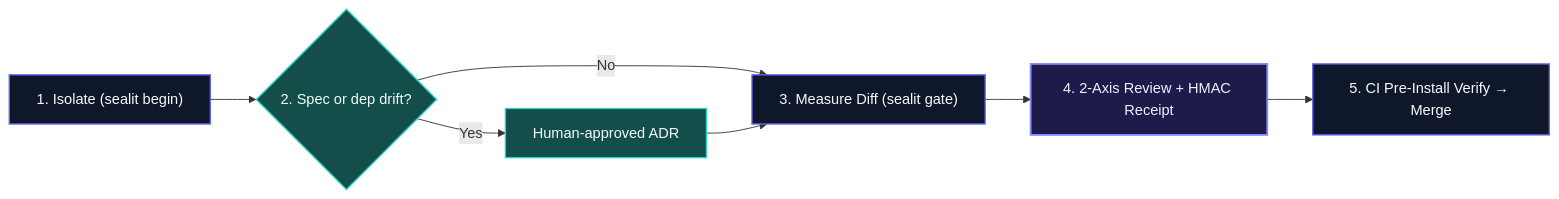
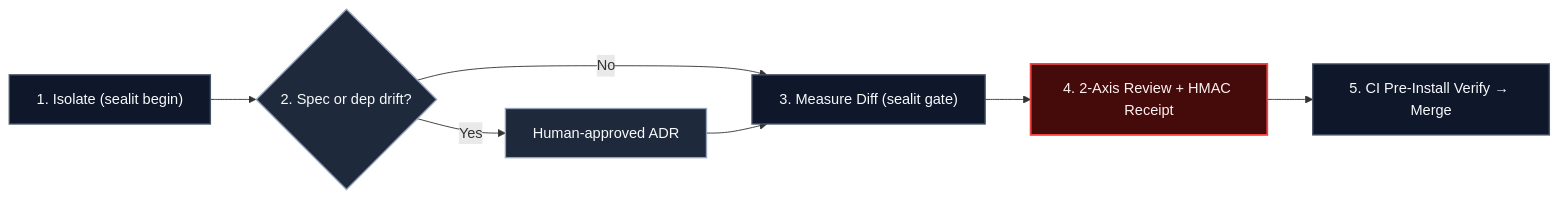
The diagram in README.md (fmatar/sealit), drawn with Mermaid before and after one commit. The commit also changed other lines of this file and 14 other files, not shown here.

````diff
--- a/README.md
+++ b/README.md
@@ -34,16 +33,16 @@
 ```mermaid
 flowchart LR
     A["1. Isolate (sealit begin)"] --> B{"2. Spec or dep drift?"}
     B -- "Yes" --> C["Human-approved ADR"]
     B -- "No" --> D["3. Measure Diff (sealit gate)"]
     C --> D
     D --> E["4. 2-Axis Review + HMAC Receipt"]
     E --> F["5. CI Pre-Install Verify → Merge"]
 
-    classDef step fill:#0f172a,stroke:#6366f1,stroke-width:1.5px,color:#f8fafc
-    classDef human fill:#134e4a,stroke:#2dd4bf,stroke-width:1.5px,color:#f0fdfa
-    classDef seal fill:#1e1b4b,stroke:#818cf8,stroke-width:2px,color:#eef2ff
+    classDef step fill:#0f172a,stroke:#475569,stroke-width:1.5px,color:#f8fafc
+    classDef human fill:#1e293b,stroke:#94a3b8,stroke-width:1.5px,color:#f8fafc
+    classDef seal fill:#450a0a,stroke:#ef4444,stroke-width:2px,color:#fef2f2
     class A,D,F step
     class B,C human
     class E seal
 ```
````
